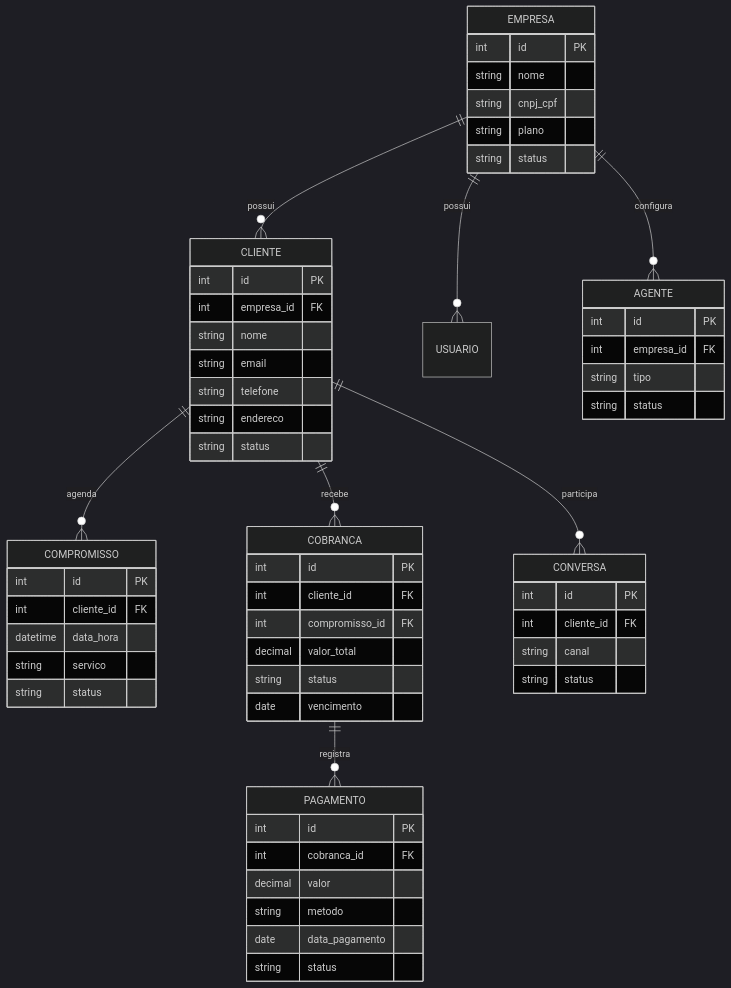
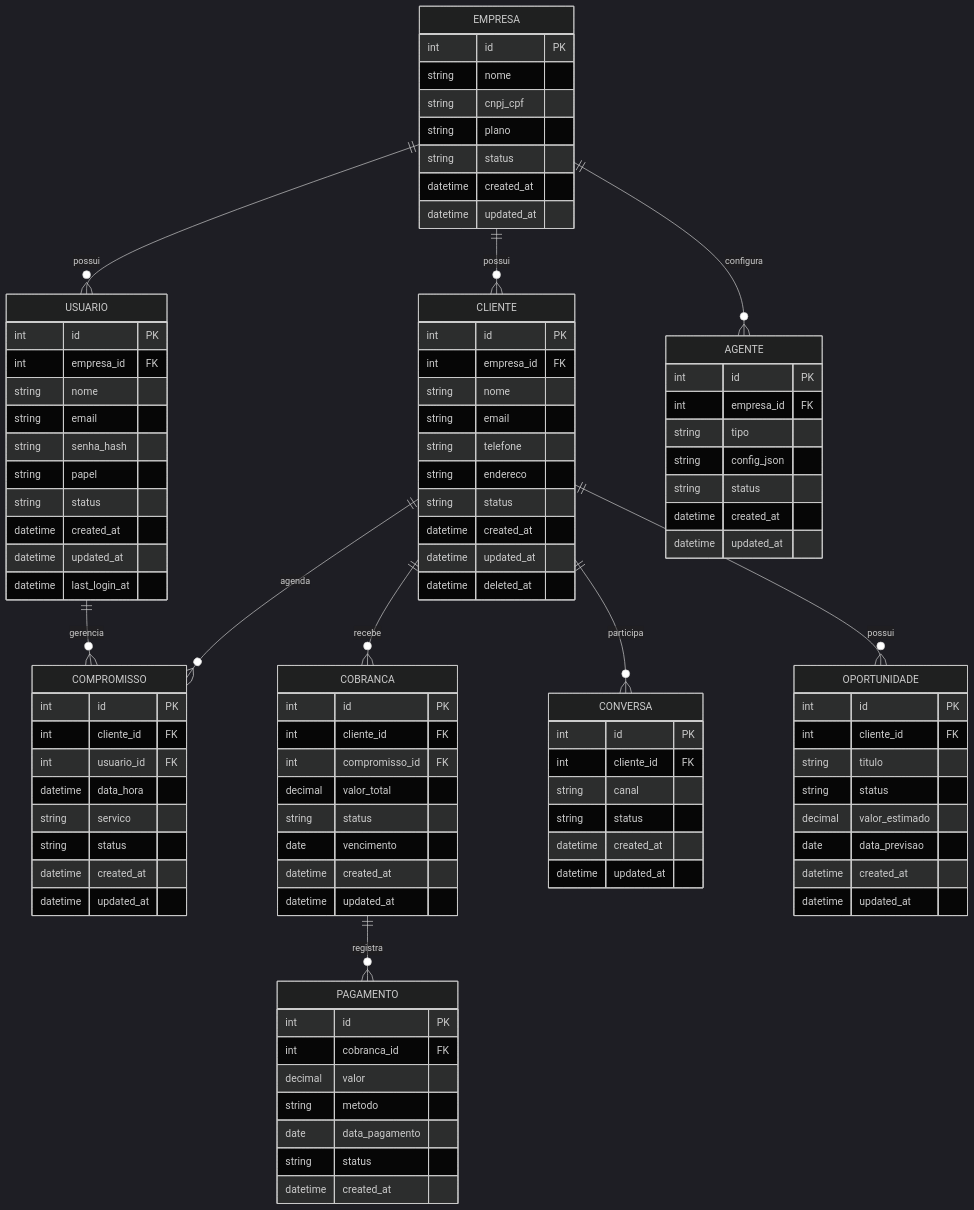
One commit to fagundesedimar/Severina changed the second of 2 diagrams in docs/specReq.md. Above: the diagram before and after it, drawn with Mermaid (dark theme). The commit also changed other lines of this file and 2 other files, not shown here.

````diff
--- a/docs/specReq.md
+++ b/docs/specReq.md
@@ -139,12 +153,16 @@
     COBRANCA ||--o{ PAGAMENTO : registra
     CLIENTE ||--o{ CONVERSA : participa
     EMPRESA ||--o{ AGENTE : configura
+    USUARIO ||--o{ COMPROMISSO : gerencia
+    CLIENTE ||--o{ OPORTUNIDADE : possui
     EMPRESA {
         int id PK
         string nome
         string cnpj_cpf
         string plano
         string status
+        datetime created_at
+        datetime updated_at
     }
     CLIENTE {
         int id PK
@@ -154,13 +172,31 @@
         string telefone
         string endereco
         string status
+        datetime created_at
+        datetime updated_at
+        datetime deleted_at
+    }
+    USUARIO {
+        int id PK
+        int empresa_id FK
+        string nome
+        string email
+        string senha_hash
+        string papel
+        string status
+        datetime created_at
+        datetime updated_at
+        datetime last_login_at
     }
     COMPROMISSO {
         int id PK
         int cliente_id FK
+        int usuario_id FK
         datetime data_hora
         string servico
         string status
+        datetime created_at
+        datetime updated_at
     }
     COBRANCA {
         int id PK
@@ -169,6 +205,8 @@
         decimal valor_total
         string status
         date vencimento
+        datetime created_at
+        datetime updated_at
     }
     PAGAMENTO {
         int id PK
@@ -177,17 +215,33 @@
         string metodo
         date data_pagamento
         string status
+        datetime created_at
     }
     CONVERSA {
         int id PK
         int cliente_id FK
         string canal
         string status
+        datetime created_at
+        datetime updated_at
     }
     AGENTE {
         int id PK
         int empresa_id FK
         string tipo
+        string config_json
         string status
+        datetime created_at
+        datetime updated_at
+    }
+    OPORTUNIDADE {
+        int id PK
+        int cliente_id FK
+        string titulo
+        string status
+        decimal valor_estimado
+        date data_previsao
+        datetime created_at
+        datetime updated_at
     }
 ```
````
